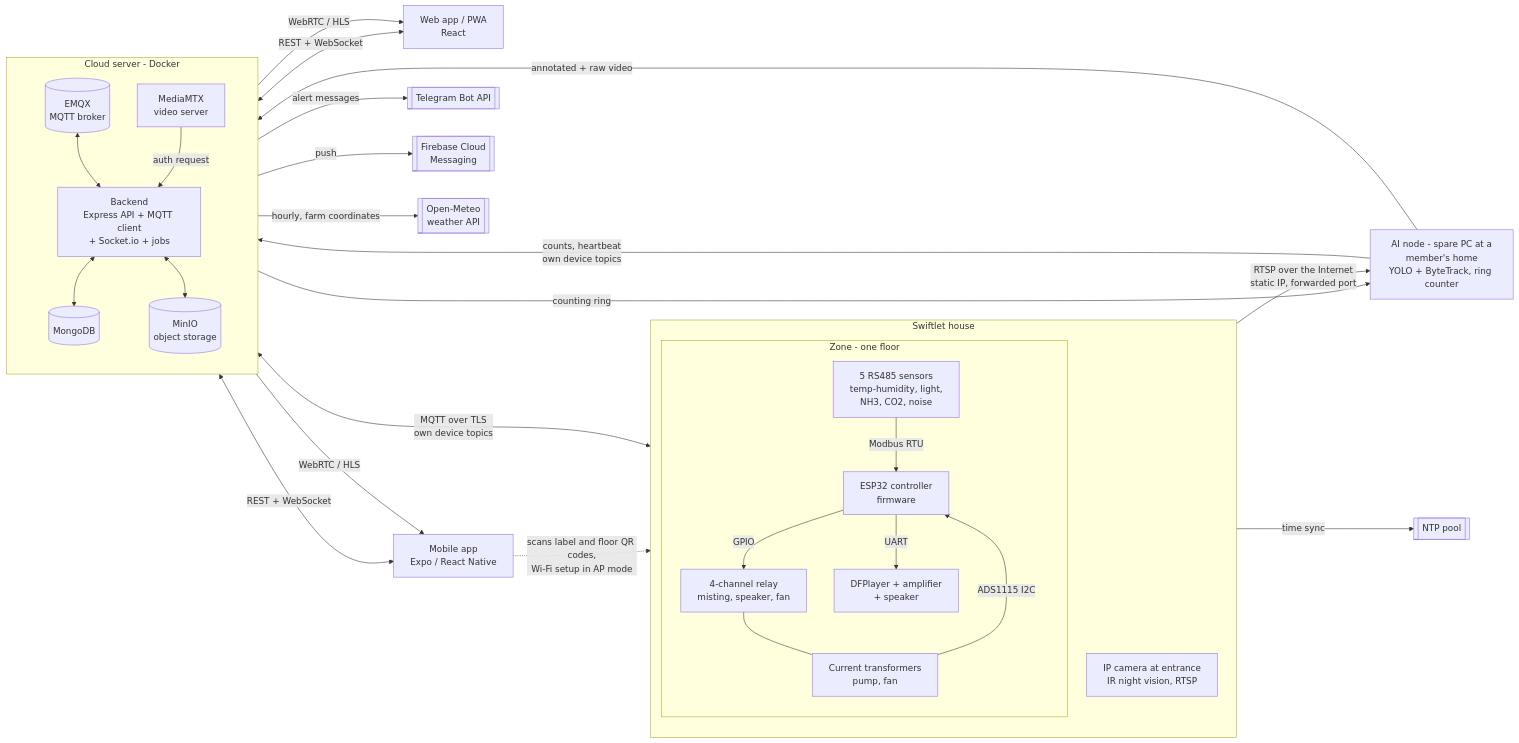
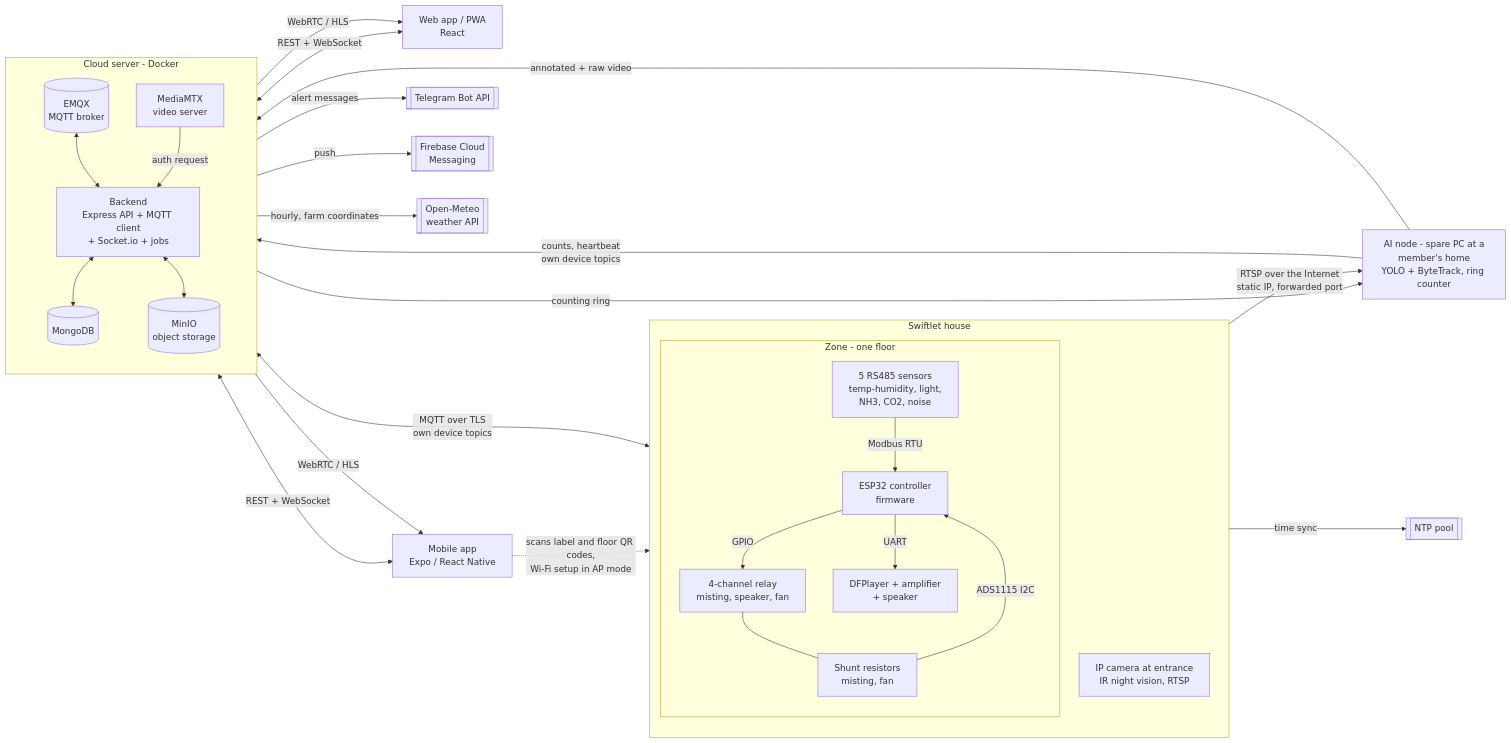
One commit to NBao261/SwiftletCare_KLTN changed the first of 35 diagrams in docs/reports/report4-sdd.md. Above: the diagram before and after it, drawn with Mermaid. The commit also changed other lines of this file and 11 other files, not shown here.

First line of the commit message:
docs(hardware): measure the demo loads with shunt resistors instead of current transformers

````diff
--- a/docs/reports/report4-sdd.md
+++ b/docs/reports/report4-sdd.md
@@ -63,53 +63,53 @@
 ```mermaid
 flowchart LR
   subgraph HOUSE[Swiftlet house]
     direction TB
     subgraph ZONE[Zone - one floor]
       S[5 RS485 sensors<br/>temp-humidity, light,<br/>NH3, CO2, noise]
       ESP[ESP32 controller<br/>firmware]
       R[4-channel relay<br/>misting, speaker, fan]
       SPK[DFPlayer + amplifier<br/>+ speaker]
-      CT[Current transformers<br/>pump, fan]
+      CT[Shunt resistors<br/>misting, fan]
       S -- Modbus RTU --> ESP
       ESP -- GPIO --> R
       ESP -- UART --> SPK
       R --- CT
       CT -- ADS1115 I2C --> ESP
     end
     CAM[IP camera at entrance<br/>IR night vision, RTSP]
   end
   AINODE[AI node - spare PC at a<br/>member's home<br/>YOLO + ByteTrack, ring counter]
   subgraph CLOUD[Cloud server - Docker]
     direction TB
     EMQX[(EMQX<br/>MQTT broker)]
     API[Backend<br/>Express API + MQTT client<br/>+ Socket.io + jobs]
     DB[(MongoDB)]
     MINIO[(MinIO<br/>object storage)]
     MTX[MediaMTX<br/>video server]
   end
   WEB[Web app / PWA<br/>React]
   MOB[Mobile app<br/>Expo / React Native]
   TG[[Telegram Bot API]]
   FCM[[Firebase Cloud<br/>Messaging]]
   NTP[[NTP pool]]
   WX[[Open-Meteo<br/>weather API]]
 
   ESP <-- MQTT over TLS<br/>own device topics --> EMQX
   CAM -- RTSP over the Internet<br/>static IP, forwarded port --> AINODE
   AINODE -- counts, heartbeat<br/>own device topics --> EMQX
   EMQX -- counting ring --> AINODE
   AINODE -- annotated + raw video --> MTX
   EMQX <--> API
   API <--> DB
   API <--> MINIO
   MTX -- auth request --> API
   API <-- REST + WebSocket --> WEB
   API <-- REST + WebSocket --> MOB
   MTX -- WebRTC / HLS --> WEB
   MTX -- WebRTC / HLS --> MOB
   API -- alert messages --> TG
   API -- push --> FCM
   ESP -- time sync --> NTP
   API -- hourly, farm coordinates --> WX
   MOB -. scans label and floor QR codes,<br/>Wi-Fi setup in AP mode .-> ESP
 ```
````
